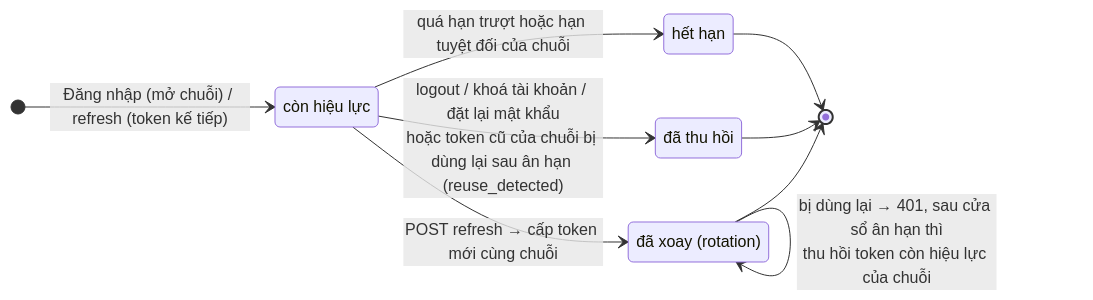
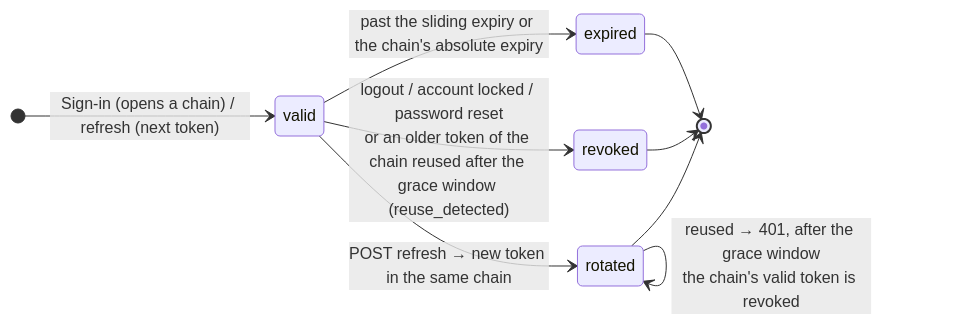
Diagram 14 of 14 in docs/state-machines.md (LuxMapLabs/luxmap_backend), drawn with Mermaid before and after one commit. The commit also changed other lines of this file and 2 other files, not shown here.

First line of the commit message:
docs(state-machines): translate the state machine diagrams to English

````diff
--- a/docs/state-machines.md
+++ b/docs/state-machines.md
@@ -461,16 +488,16 @@
 ```mermaid
 stateDiagram-v2
     direction LR
-    state "còn hiệu lực" as valid
-    state "đã xoay (rotation)" as rotated
-    state "đã thu hồi" as revoked
-    state "hết hạn" as expired
-    [*] --> valid : Đăng nhập (mở chuỗi) / refresh (token kế tiếp)
-    valid --> rotated : POST refresh → cấp token mới cùng chuỗi
-    valid --> revoked : logout / khoá tài khoản / đặt lại mật khẩu<br/>hoặc token cũ của chuỗi bị dùng lại sau ân hạn (reuse_detected)
-    valid --> expired : quá hạn trượt hoặc hạn tuyệt đối của chuỗi
-    rotated --> rotated : bị dùng lại → 401, sau cửa sổ ân hạn thì<br/>thu hồi token còn hiệu lực của chuỗi
+    state "valid" as valid
+    state "rotated" as rotated
+    state "revoked" as revoked
+    state "expired" as expired
+    [*] --> valid : Sign-in (opens a chain) / refresh (next token)
+    valid --> rotated : POST refresh → new token in the same chain
+    valid --> revoked : logout / account locked / password reset<br/>or an older token of the chain reused after the grace window (reuse_detected)
+    valid --> expired : past the sliding expiry or the chain's absolute expiry
+    rotated --> rotated : reused → 401, after the grace window<br/>the chain's valid token is revoked
     rotated --> [*]
     revoked --> [*]
     expired --> [*]
 ```
````
